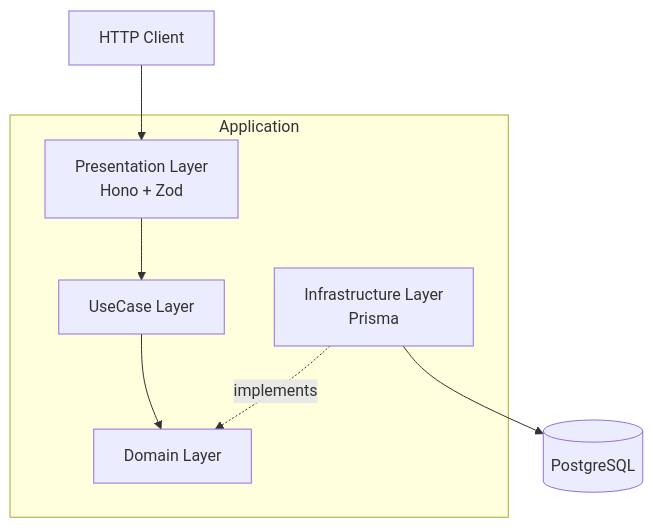
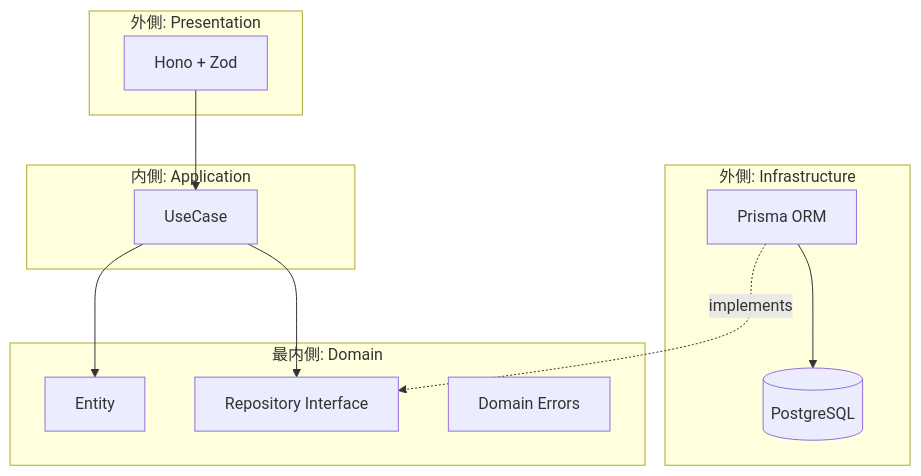
The first of 3 diagrams in README.md (nuko-chan/ddd-issue-tracker), drawn with Mermaid before and after one commit. The commit also changed other lines of this file and 1 other file, not shown here.

````diff
--- a/README.md
+++ b/README.md
@@ -8,17 +10,27 @@
 ```mermaid
 graph TD
-    Client[HTTP Client] --> Presentation
-    
-    subgraph Application
-        Presentation[Presentation Layer<br/>Hono + Zod]
-        UseCase[UseCase Layer]
-        Domain[Domain Layer]
-        Infra[Infrastructure Layer<br/>Prisma]
+    subgraph "外側: Infrastructure"
+        DB[(PostgreSQL)]
+        Prisma[Prisma ORM]
     end
-    
-    Infra --> DB[(PostgreSQL)]
-    
-    Presentation --> UseCase
-    UseCase --> Domain
-    Infra -.->|implements| Domain
+
+    subgraph "外側: Presentation"
+        HTTP[Hono + Zod]
+    end
+
+    subgraph "内側: Application"
+        UC[UseCase]
+    end
+
+    subgraph "最内側: Domain"
+        Entity[Entity]
+        Repo[Repository Interface]
+        Err[Domain Errors]
+    end
+
+    HTTP --> UC
+    UC --> Entity
+    UC --> Repo
+    Prisma -.->|implements| Repo
+    Prisma --> DB
 ```
````
